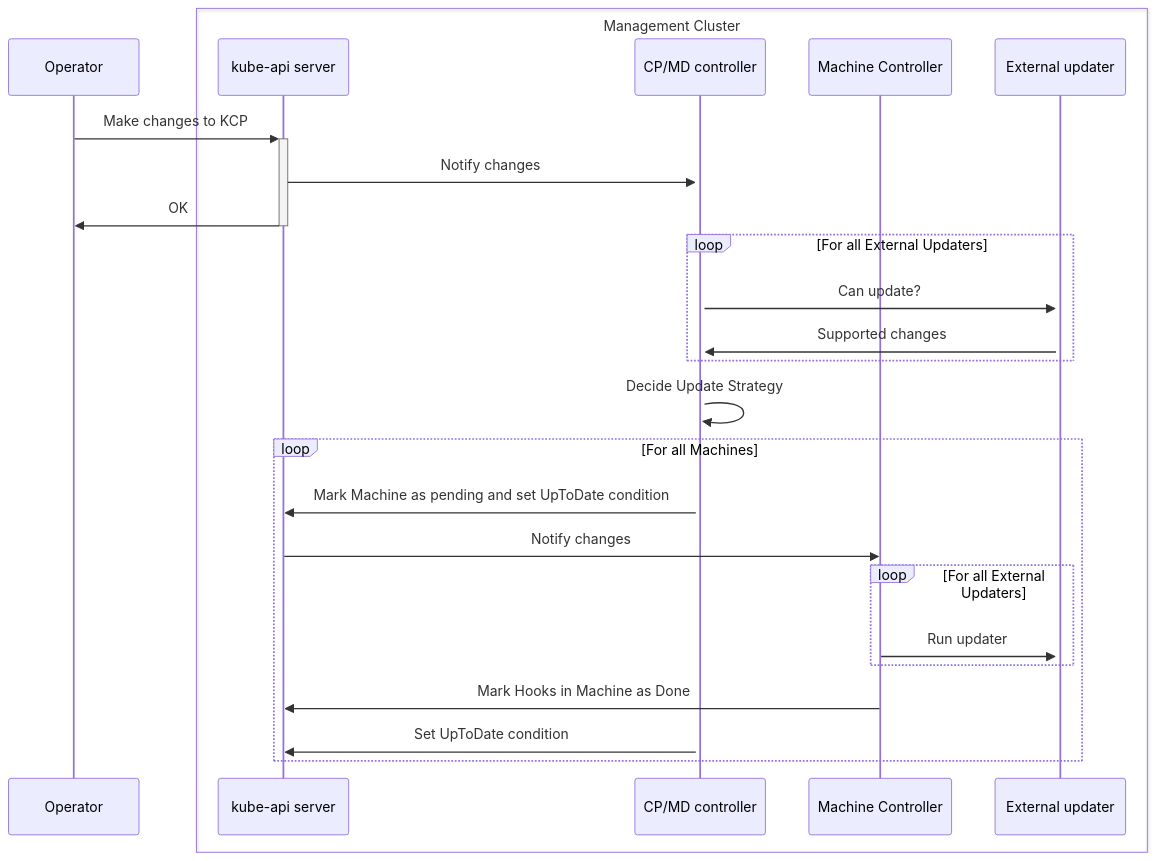
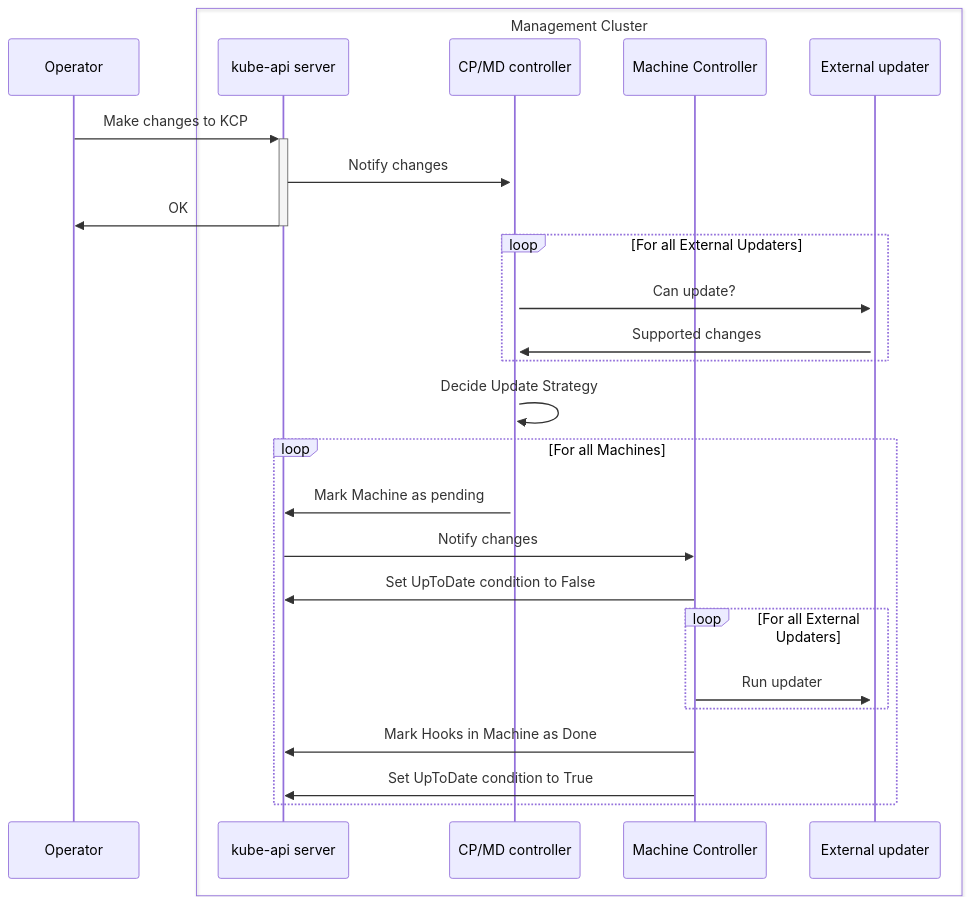
Before and after one commit to g-gaston/cluster-api: the first of 9 diagrams in docs/proposals/20240807-in-place-updates.md, drawn with Mermaid. The commit also changed other lines of this file, not shown here.

````diff
--- a/docs/proposals/20240807-in-place-updates.md
+++ b/docs/proposals/20240807-in-place-updates.md
@@ -201,29 +201,30 @@
 ```mermaid
 sequenceDiagram
     participant Operator
 
     box Management Cluster
         participant apiserver as kube-api server
         participant capi as CP/MD controller
         participant mach as Machine Controller
         participant hook as External updater
     end
 
     Operator->>+apiserver: Make changes to KCP
     apiserver->>+capi: Notify changes
     apiserver->>-Operator: OK
     loop For all External Updaters
         capi->>+hook: Can update?
         hook->>capi: Supported changes
     end
     capi->>capi: Decide Update Strategy
     loop For all Machines
-        capi->>apiserver: Mark Machine as pending and set UpToDate condition
+        capi->>apiserver: Mark Machine as pending
         apiserver->>mach: Notify changes
+        mach->>apiserver: Set UpToDate condition to False
         loop For all External Updaters
             mach->>hook: Run updater
         end
         mach->>apiserver: Mark Hooks in Machine as Done
-        capi->>apiserver: Set UpToDate condition
+        mach->>apiserver: Set UpToDate condition to True
     end
 ```
````
